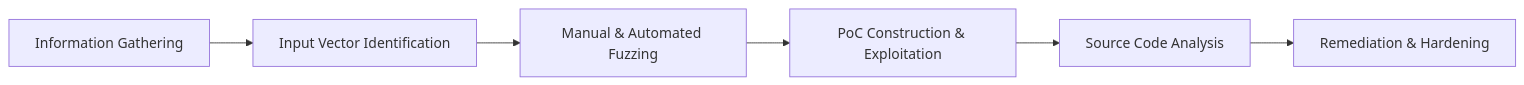
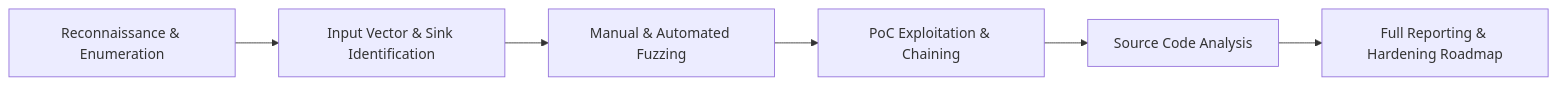
Before and after one commit to adinathgorakhdubile/writeups: the diagram in README.md, drawn with Mermaid. The commit also changed other lines of this file, not shown here.

````diff
--- a/README.md
+++ b/README.md
@@ -88,8 +112,8 @@
 ```mermaid
 flowchart LR
-    A[Information Gathering] --> B[Input Vector Identification]
+    A[Reconnaissance & Enumeration] --> B[Input Vector & Sink Identification]
     B --> C[Manual & Automated Fuzzing]
-    C --> D[PoC Construction & Exploitation]
+    C --> D[PoC Exploitation & Chaining]
     D --> E[Source Code Analysis]
-    E --> F[Remediation & Hardening]
+    E --> F[Full Reporting & Hardening Roadmap]
 ```
````
